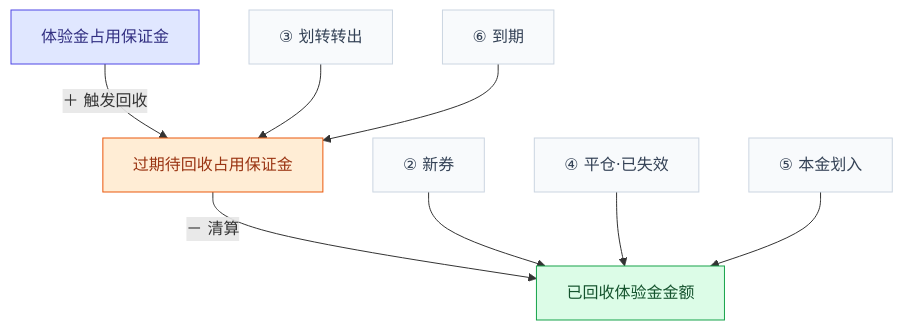
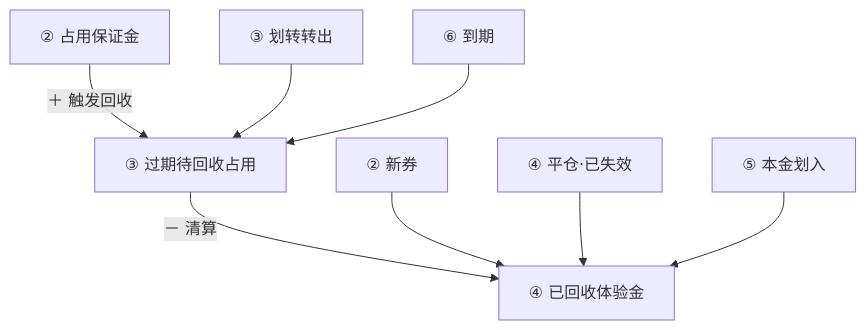
The third of 4 diagrams in document/web&后台/体验金回收机制改版方案.md (DashuaibiZZY/prototype), drawn with Mermaid before and after one commit. The commit also changed other lines of this file and 5 other files, not shown here.

````diff
--- a/document/web&后台/体验金回收机制改版方案.md
+++ b/document/web&后台/体验金回收机制改版方案.md
@@ -180,26 +175,18 @@
 ```mermaid
 flowchart TB
-    O["体验金占用保证金"]
-    PENDING["过期待回收占用保证金"]
-    R["已回收体验金金额"]
+    O["② 占用保证金"]
+    PENDING["③ 过期待回收占用"]
+    R["④ 已回收体验金"]
     P1["③ 划转转出"]
     P2["⑥ 到期"]
     M1["② 新券"]
     M2["④ 平仓·已失效"]
     M3["⑤ 本金划入"]
     O -->|"＋ 触发回收"| PENDING
     P1 --> PENDING
     P2 --> PENDING
     PENDING -->|"－ 清算"| R
     M1 --> R
     M2 --> R
     M3 --> R
-    classDef dOcc fill:#e0e7ff,stroke:#4f46e5,color:#312e81
-    classDef dPending fill:#ffedd5,stroke:#ea580c,color:#9a3412
-    classDef dReclaimed fill:#dcfce7,stroke:#16a34a,color:#14532d
-    classDef neutral fill:#f8fafc,stroke:#cbd5e1,color:#334155
-    class O dOcc
-    class PENDING dPending
-    class R dReclaimed
-    class P1,P2,M1,M2,M3 neutral
 ```
````
